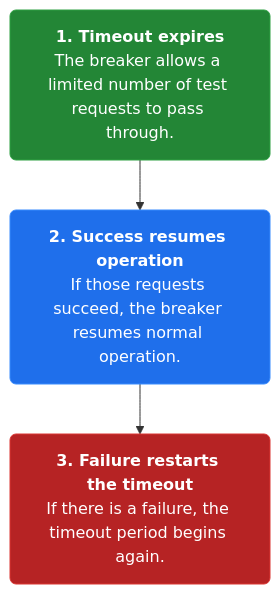
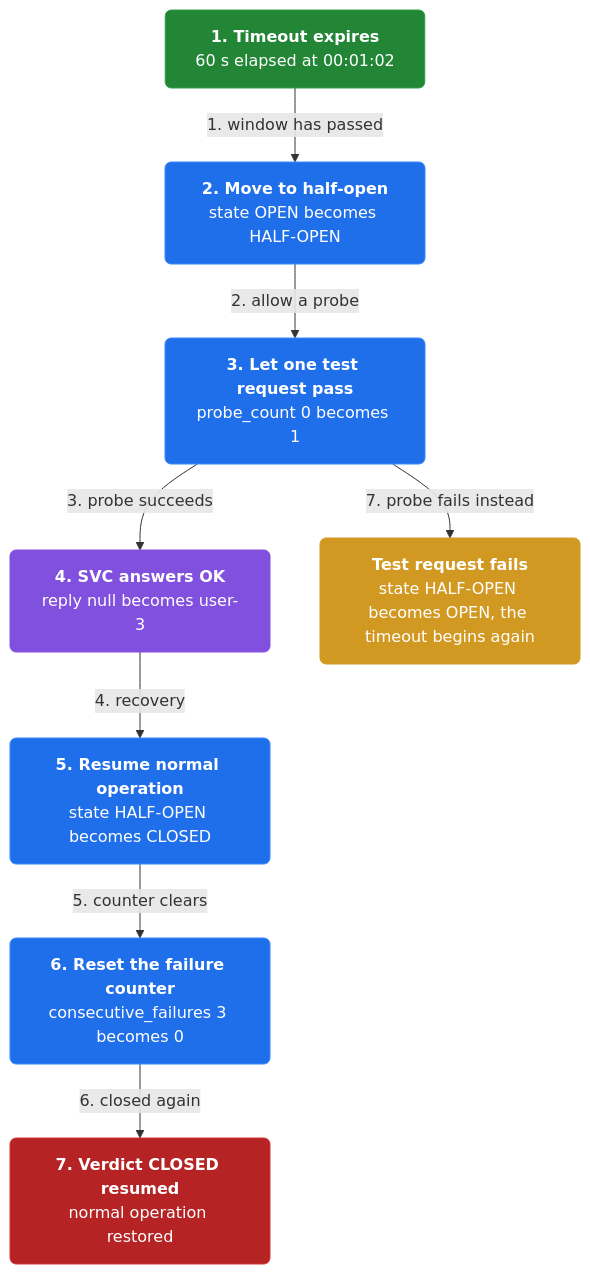
Before and after one commit to vinayakuber/microservices-io-study-guide: the third of 4 diagrams in docs/ch07-circuit-breaker.md, drawn with Mermaid. The commit also changed other lines of this file and 46 other files, not shown here.

First line of the commit message:
Author rich branching flow diagrams for all 44 chapters

````diff
--- a/docs/ch07-circuit-breaker.md
+++ b/docs/ch07-circuit-breaker.md
@@ -90,11 +113,23 @@
 ```mermaid
 flowchart TD
-  classDef step fill:#1f6feb,color:#ffffff,stroke:#388bfd,stroke-width:1px,rx:6
+  classDef step fill:#1f6feb,color:#ffffff,stroke:#388bfd,rx:6
+  classDef core fill:#8250df,color:#ffffff,stroke:#8250df,rx:6
+  classDef warn fill:#d29922,color:#ffffff,stroke:#d29922,rx:6
   classDef start fill:#238636,color:#ffffff,stroke:#2ea043,rx:6
   classDef stop fill:#b62324,color:#ffffff,stroke:#da3633,rx:6
-  s2n0["<b>1. Timeout expires</b><br/>The breaker allows a limited number of test requests to pass through."]:::start
-  s2n1["<b>2. Success resumes operation</b><br/>If those requests succeed, the breaker resumes normal operation."]:::step
-  s2n2["<b>3. Failure restarts the timeout</b><br/>If there is a failure, the timeout period begins again."]:::stop
-  s2n0 --> s2n1
-  s2n1 --> s2n2
+  n0["<b>1. Timeout expires</b><br/>60 s elapsed at 00:01:02"]:::start
+  n1["<b>2. Move to half-open</b><br/>state OPEN becomes HALF-OPEN"]:::step
+  n2["<b>3. Let one test request pass</b><br/>probe_count 0 becomes 1"]:::step
+  n3["<b>4. SVC answers OK</b><br/>reply null becomes user-3"]:::core
+  n4["<b>5. Resume normal operation</b><br/>state HALF-OPEN becomes CLOSED"]:::step
+  n5["<b>6. Reset the failure counter</b><br/>consecutive_failures 3 becomes 0"]:::step
+  n6["<b>7. Verdict CLOSED resumed</b><br/>normal operation restored"]:::stop
+  n7["<b>Test request fails</b><br/>state HALF-OPEN becomes OPEN, the timeout begins again"]:::warn
+  n0 -->|"1. window has passed"| n1
+  n1 -->|"2. allow a probe"| n2
+  n2 -->|"3. probe succeeds"| n3
+  n3 -->|"4. recovery"| n4
+  n4 -->|"5. counter clears"| n5
+  n5 -->|"6. closed again"| n6
+  n2 -->|"7. probe fails instead"| n7
 ```
````
